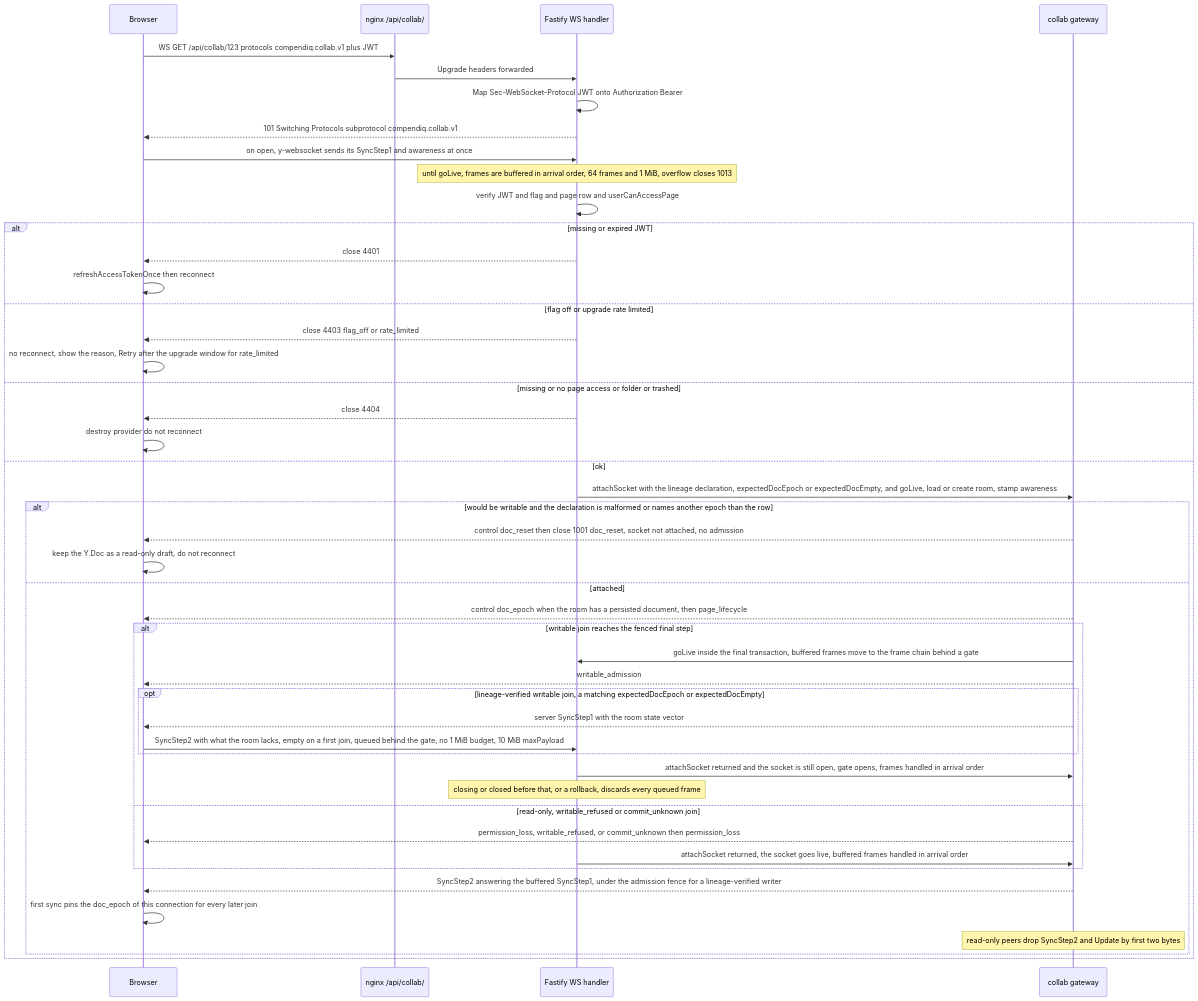
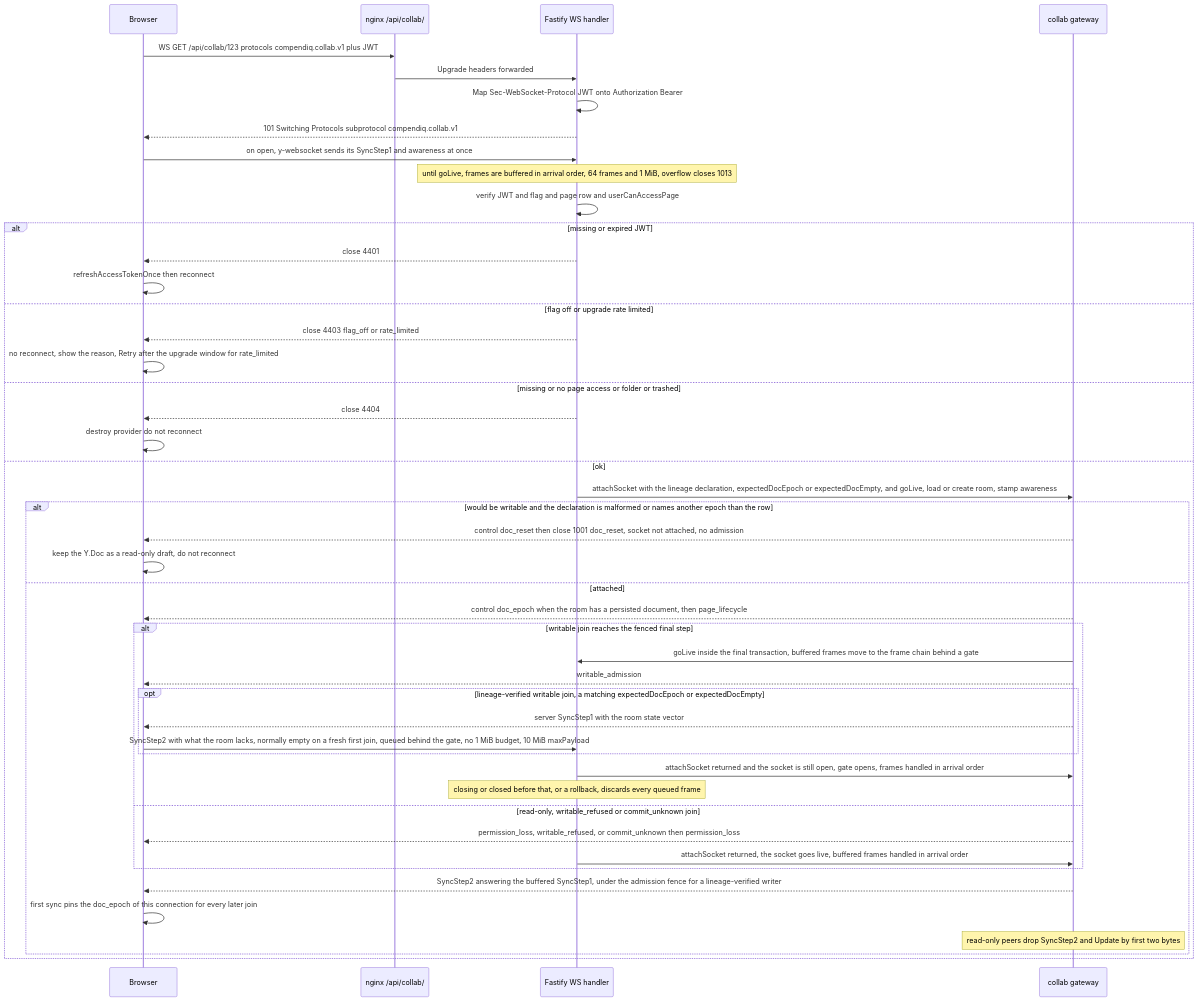
One commit to Compendiq/compendiq-ce changed the second of 3 diagrams in docs/architecture/12-realtime-collaboration.md. Above: the diagram before and after it, drawn with Mermaid. The commit also changed other lines of this file and 7 other files, not shown here.

First line of the commit message:
fix(collab): never pin or replay bytes a tab received before its first sync, and clear lineageVerified on demotion (#1928)

````diff
--- a/docs/architecture/12-realtime-collaboration.md
+++ b/docs/architecture/12-realtime-collaboration.md
@@ -90,49 +90,49 @@
 ```mermaid
 sequenceDiagram
     participant B as Browser
     participant N as nginx /api/collab/
     participant F as Fastify WS handler
     participant G as collab gateway
 
     B->>N: WS GET /api/collab/123 protocols compendiq.collab.v1 plus JWT
     N->>F: Upgrade headers forwarded
     F->>F: Map Sec-WebSocket-Protocol JWT onto Authorization Bearer
     F-->>B: 101 Switching Protocols subprotocol compendiq.collab.v1
     B->>F: on open, y-websocket sends its SyncStep1 and awareness at once
     Note over F: until goLive, frames are buffered in arrival order, 64 frames and 1 MiB, overflow closes 1013
     F->>F: verify JWT and flag and page row and userCanAccessPage
     alt missing or expired JWT
         F-->>B: close 4401
         B->>B: refreshAccessTokenOnce then reconnect
     else flag off or upgrade rate limited
         F-->>B: close 4403 flag_off or rate_limited
         B->>B: no reconnect, show the reason, Retry after the upgrade window for rate_limited
     else missing or no page access or folder or trashed
         F-->>B: close 4404
         B->>B: destroy provider do not reconnect
     else ok
         F->>G: attachSocket with the lineage declaration, expectedDocEpoch or expectedDocEmpty, and goLive, load or create room, stamp awareness
         alt would be writable and the declaration is malformed or names another epoch than the row
             G-->>B: control doc_reset then close 1001 doc_reset, socket not attached, no admission
             B->>B: keep the Y.Doc as a read-only draft, do not reconnect
         else attached
             G-->>B: control doc_epoch when the room has a persisted document, then page_lifecycle
             alt writable join reaches the fenced final step
                 G->>F: goLive inside the final transaction, buffered frames move to the frame chain behind a gate
                 G-->>B: writable_admission
                 opt lineage-verified writable join, a matching expectedDocEpoch or expectedDocEmpty
                     G-->>B: server SyncStep1 with the room state vector
-                    B->>F: SyncStep2 with what the room lacks, empty on a first join, queued behind the gate, no 1 MiB budget, 10 MiB maxPayload
+                    B->>F: SyncStep2 with what the room lacks, normally empty on a fresh first join, queued behind the gate, no 1 MiB budget, 10 MiB maxPayload
                 end
                 F->>G: attachSocket returned and the socket is still open, gate opens, frames handled in arrival order
                 Note over F: closing or closed before that, or a rollback, discards every queued frame
             else read-only, writable_refused or commit_unknown join
                 G-->>B: permission_loss, writable_refused, or commit_unknown then permission_loss
                 F->>G: attachSocket returned, the socket goes live, buffered frames handled in arrival order
             end
             G-->>B: SyncStep2 answering the buffered SyncStep1, under the admission fence for a lineage-verified writer
             B->>B: first sync pins the doc_epoch of this connection for every later join
             Note over G: read-only peers drop SyncStep2 and Update by first two bytes
         end
     end
 ```
````
